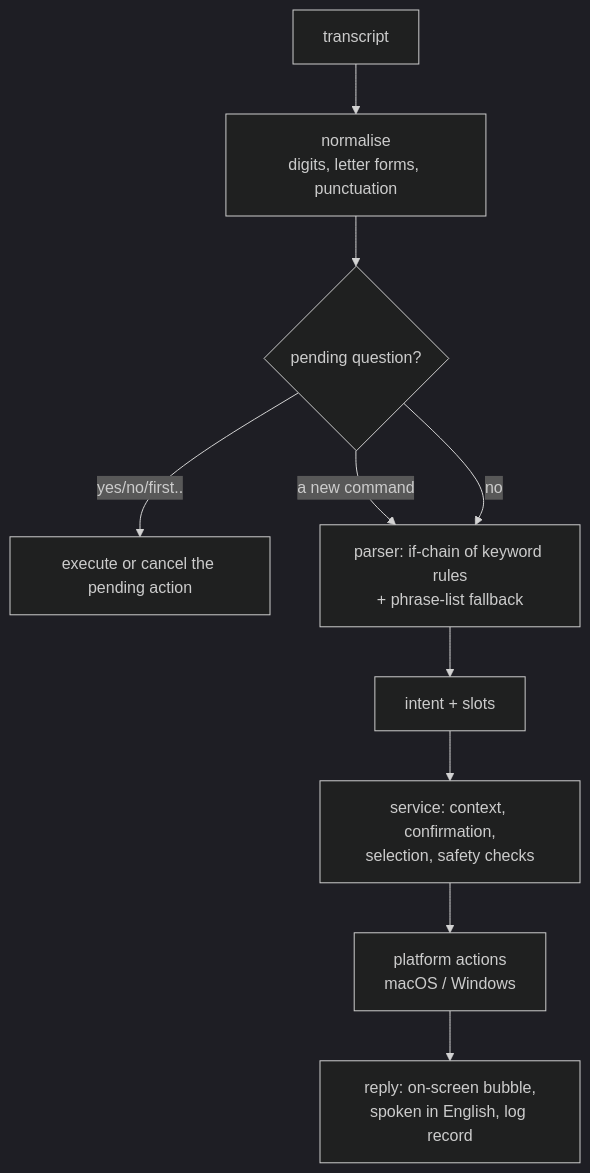
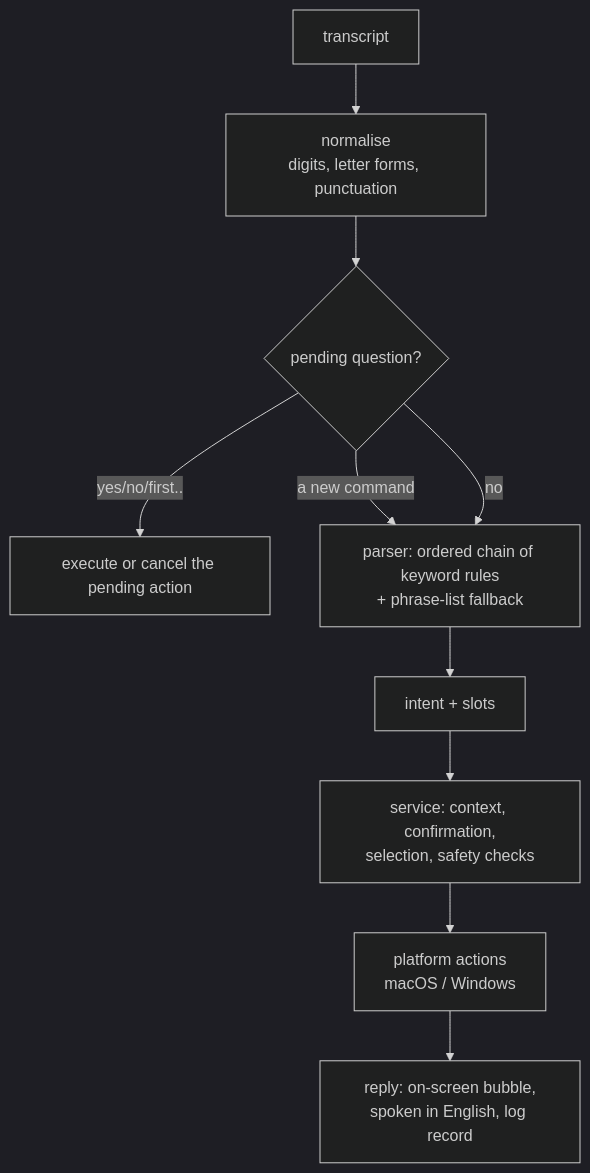
One commit to faceesmart/guya changed the fifth of 7 diagrams in docs/REPORT.md. Above: the diagram before and after it, drawn with Mermaid (dark theme). The commit also changed other lines of this file and 5 other files, not shown here.

````diff
--- a/docs/REPORT.md
+++ b/docs/REPORT.md
@@ -219,12 +479,12 @@
 ```mermaid
 flowchart TD
     T[transcript] --> N[normalise<br/>digits, letter forms, punctuation]
     N --> Pn{pending question?}
     Pn -- yes/no/first.. --> X[execute or cancel the pending action]
     Pn -- a new command --> Pr
-    Pn -- no --> Pr[parser: if-chain of keyword rules<br/>+ phrase-list fallback]
+    Pn -- no --> Pr[parser: ordered chain of keyword rules<br/>+ phrase-list fallback]
     Pr --> I[intent + slots]
     I --> Sv[service: context, confirmation,<br/>selection, safety checks]
     Sv --> Ac[platform actions<br/>macOS / Windows]
     Ac --> F[reply: on-screen bubble,<br/>spoken in English, log record]
 ```
````
